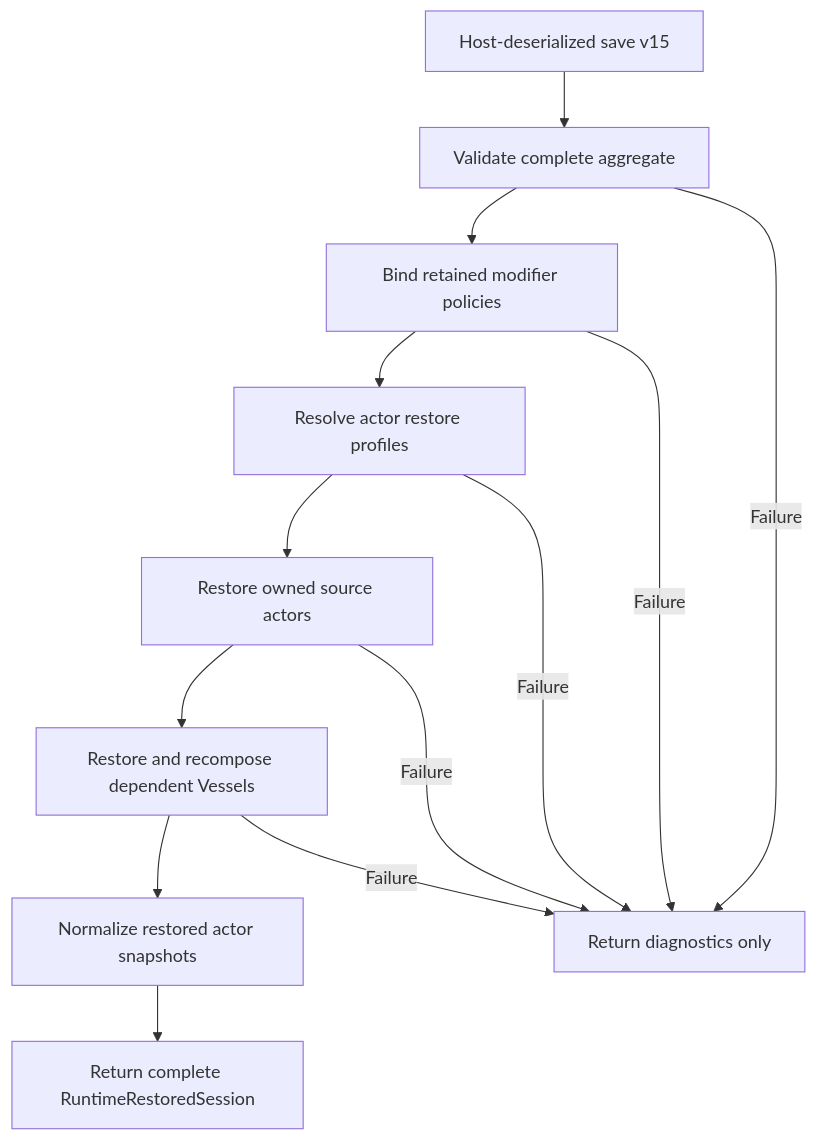
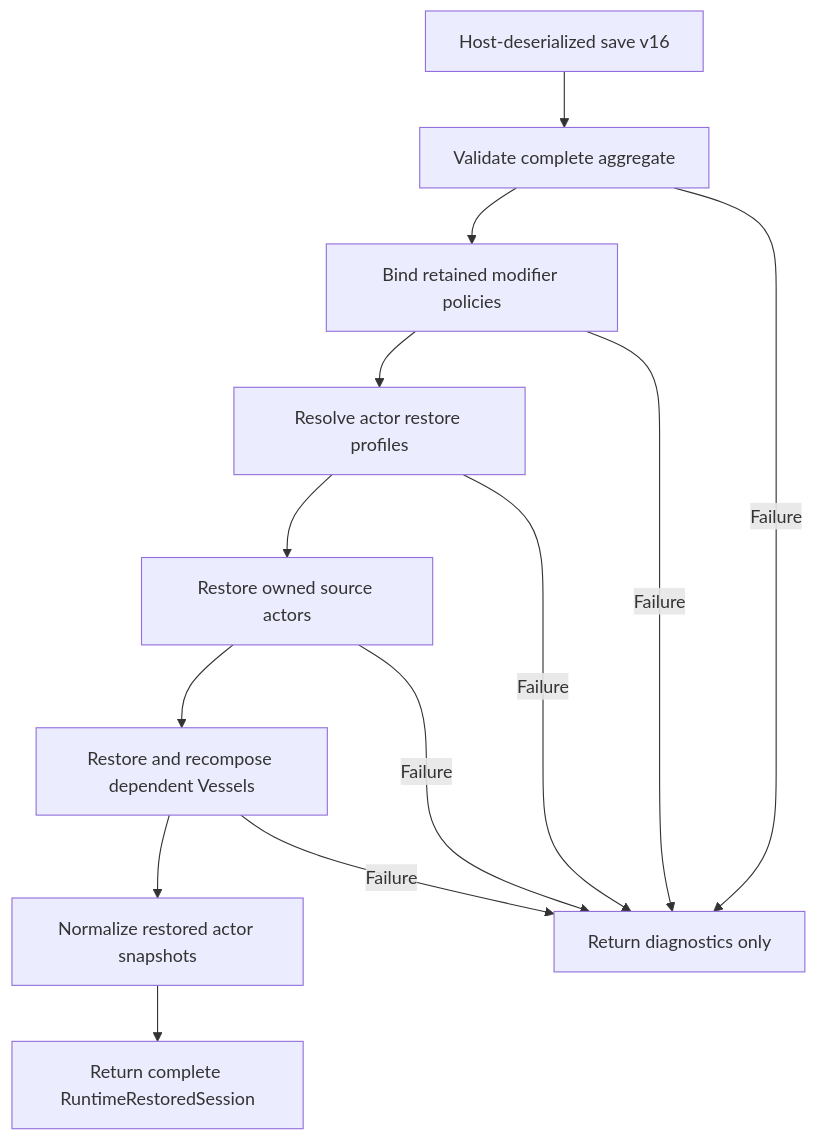
One commit to KayelC/Convergence changed the fifth of 5 diagrams in docs/developer-guide/actors-and-runtime-state.md. Above: the diagram before and after it, drawn with Mermaid. The commit also changed other lines of this file and 54 other files, not shown here.

````diff
--- a/docs/developer-guide/actors-and-runtime-state.md
+++ b/docs/developer-guide/actors-and-runtime-state.md
@@ -352,15 +353,15 @@
 ```mermaid
 flowchart TD
-    Save["Host-deserialized save v15"] --> Validate["Validate complete aggregate"]
+    Save["Host-deserialized save v16"] --> Validate["Validate complete aggregate"]
     Validate --> Modifiers["Bind retained modifier policies"]
     Modifiers --> Profiles["Resolve actor restore profiles"]
     Profiles --> Sources["Restore owned source actors"]
     Sources --> Vessels["Restore and recompose dependent Vessels"]
     Vessels --> Normalize["Normalize restored actor snapshots"]
     Normalize --> Session["Return complete RuntimeRestoredSession"]
     Validate -->|Failure| Reject["Return diagnostics only"]
     Modifiers -->|Failure| Reject
     Profiles -->|Failure| Reject
     Sources -->|Failure| Reject
     Vessels -->|Failure| Reject
 ```
````
